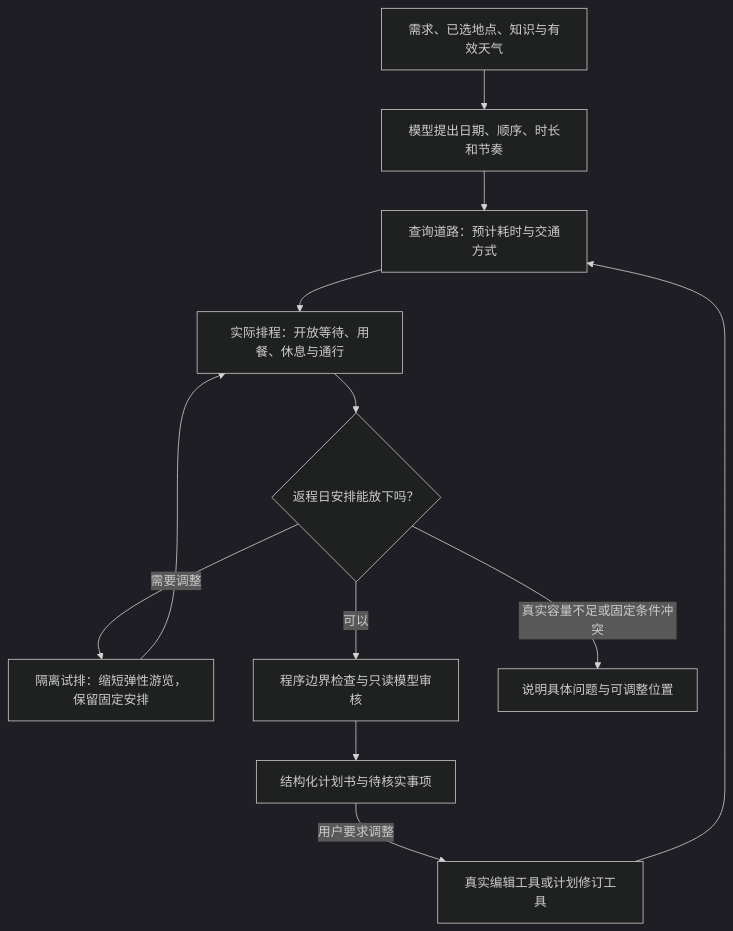
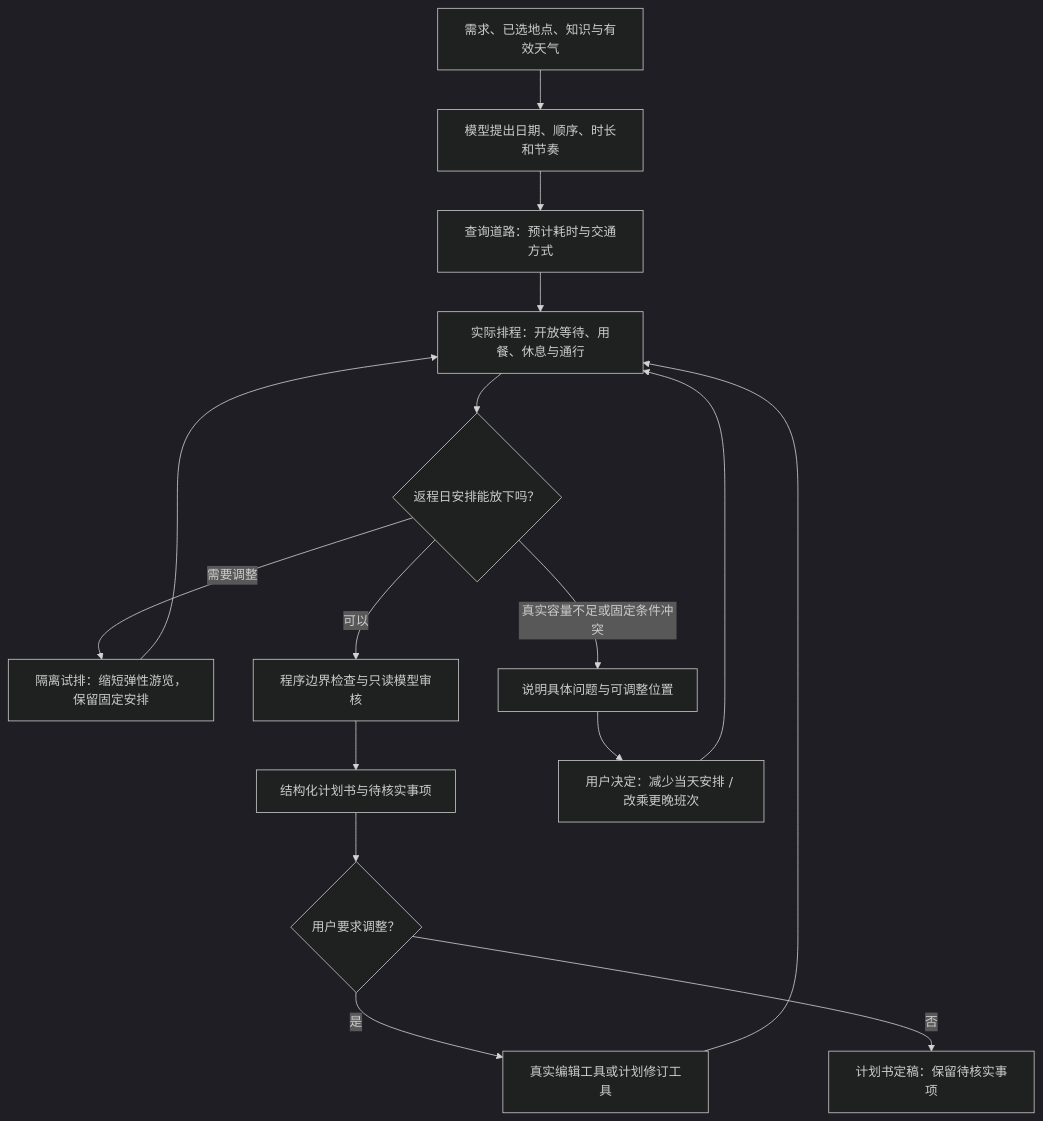
The fourth of 4 diagrams in docs/project-report/项目汇报-三人版-20261009.md (Tao-feng233/Smart-travel-planning), drawn with Mermaid (dark theme) before and after one commit. The commit also changed other lines of this file and 70 other files, not shown here.

````diff
--- a/docs/project-report/项目汇报-三人版-20261009.md
+++ b/docs/project-report/项目汇报-三人版-20261009.md
@@ -391,14 +391,18 @@
 ```mermaid
 flowchart TB
-    A[需求、已选地点、知识与有效天气] --> B[模型提出日期、顺序、时长和节奏]
-    B --> C[查询道路：预计耗时与交通方式]
-    C --> D[实际排程：开放等待、用餐、休息与通行]
-    D --> E{返程日安排能放下吗？}
-    E -->|需要调整| F[隔离试排：缩短弹性游览，保留固定安排]
-    F --> D
-    E -->|可以| G[程序边界检查与只读模型审核]
-    E -->|真实容量不足或固定条件冲突| H[说明具体问题与可调整位置]
-    G --> I[结构化计划书与待核实事项]
-    I -->|用户要求调整| J[真实编辑工具或计划修订工具]
-    J --> C
+A[需求、已选地点、知识与有效天气] --> B[模型提出日期、顺序、时长和节奏]
+B --> C[查询道路：预计耗时与交通方式]
+C --> D[实际排程：开放等待、用餐、休息与通行]
+D --> E{返程日安排能放下吗？}
+E -->|需要调整| F[隔离试排：缩短弹性游览，保留固定安排]
+F --> D
+E -->|可以| G[程序边界检查与只读模型审核]
+E -->|真实容量不足或固定条件冲突| H[说明具体问题与可调整位置]
+G --> I[结构化计划书与待核实事项]
+H --> P[用户决定：减少当天安排 / 改乘更晚班次]
+I --> J{用户要求调整？}
+J -->|是| K[真实编辑工具或计划修订工具]
+J -->|否| L[计划书定稿：保留待核实事项]
+K --> D
+P --> D
 ```
````
